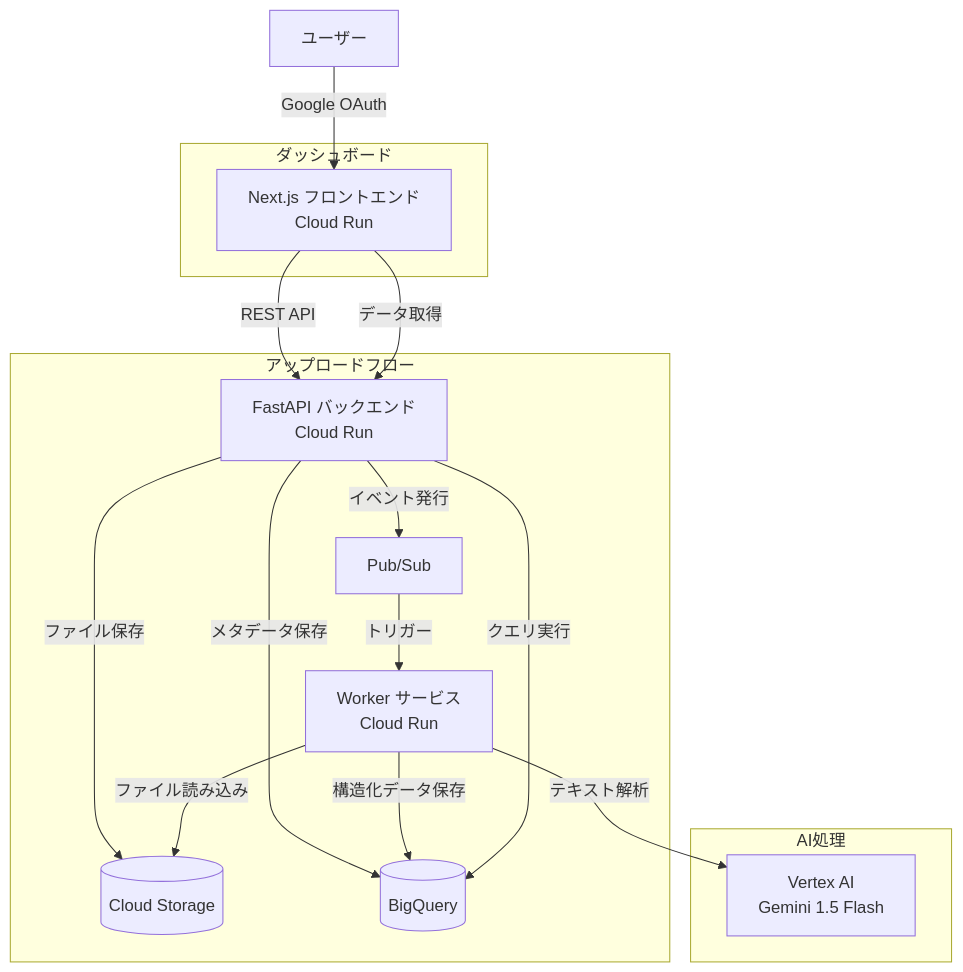
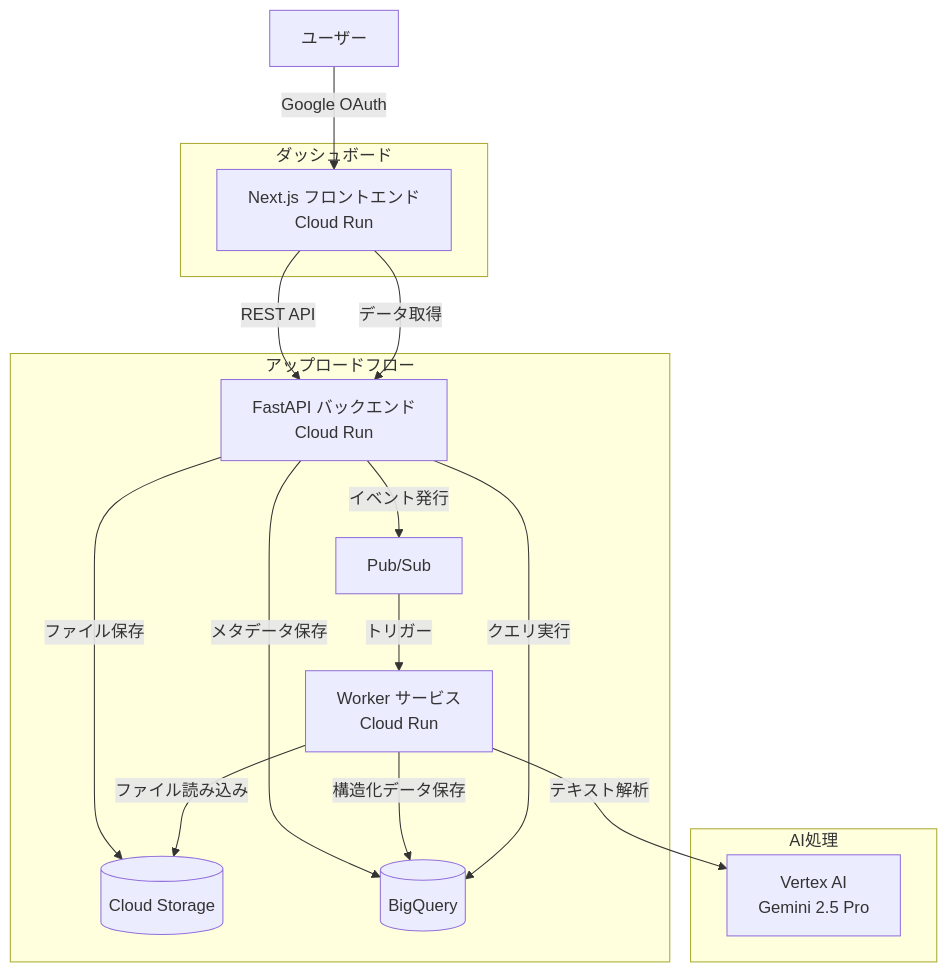
The first of 2 diagrams in README.md (kumemura-df/struct-project), drawn with Mermaid before and after one commit. The commit also changed other lines of this file and 17 other files, not shown here.

````diff
--- a/README.md
+++ b/README.md
@@ -52,23 +63,23 @@
 ```mermaid
 graph TD
     User[ユーザー] -->|Google OAuth| Frontend[Next.js フロントエンド<br/>Cloud Run]
     Frontend -->|REST API| API[FastAPI バックエンド<br/>Cloud Run]
 
     subgraph アップロードフロー
         API -->|ファイル保存| GCS[(Cloud Storage)]
         API -->|メタデータ保存| BQ[(BigQuery)]
         API -->|イベント発行| PubSub[Pub/Sub]
         PubSub -->|トリガー| Worker[Worker サービス<br/>Cloud Run]
     end
 
     subgraph AI処理
         Worker -->|ファイル読み込み| GCS
-        Worker -->|テキスト解析| Gemini[Vertex AI<br/>Gemini 1.5 Flash]
+        Worker -->|テキスト解析| Gemini[Vertex AI<br/>Gemini 2.5 Pro]
         Worker -->|構造化データ保存| BQ
     end
 
     subgraph ダッシュボード
         Frontend -->|データ取得| API
         API -->|クエリ実行| BQ
     end
 ```
````
